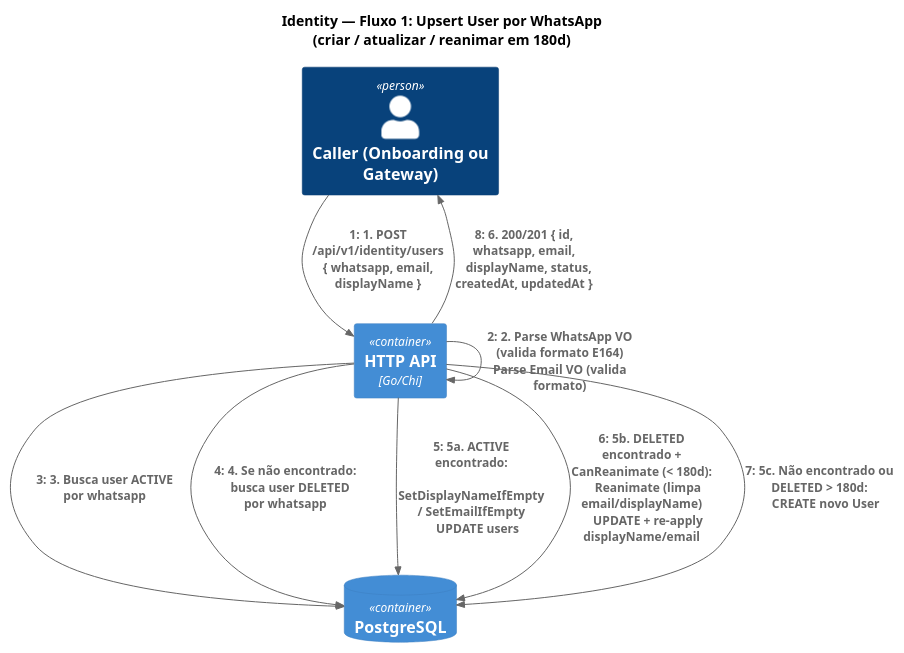
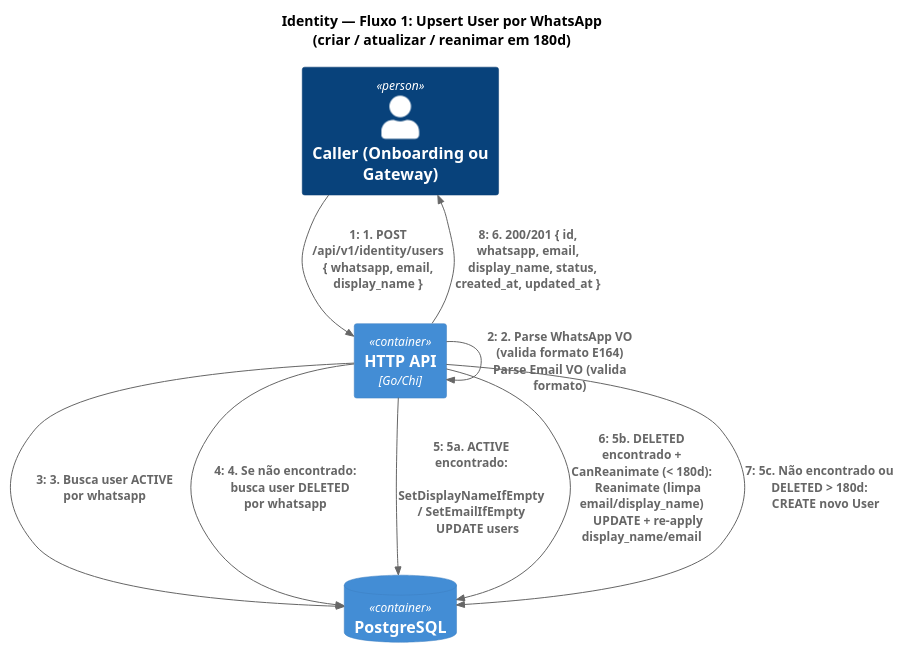
Before and after one commit to LimaTeixeiraTecnologia/mecontrola: the diagram in docs/diagrams/identity/flow-upsert-user.puml, drawn with PlantUML. The commit also changed 5 other files, not shown here.

Commit message:
docs(env): atualize exemplos e diagramas

```diff
--- a/docs/diagrams/identity/flow-upsert-user.puml
+++ b/docs/diagrams/identity/flow-upsert-user.puml
@@ -1,19 +1,19 @@
 @startuml Identity - Fluxo: Upsert User por WhatsApp
 !include https://raw.githubusercontent.com/plantuml-stdlib/C4-PlantUML/master/C4_Dynamic.puml
 
 title Identity — Fluxo 1: Upsert User por WhatsApp\n(criar / atualizar / reanimar em 180d)
 
 Person(caller, "Caller (Onboarding ou Gateway)")
 Container(http_api, "HTTP API", "Go/Chi", "")
 ContainerDb(postgres, "PostgreSQL", "", "")
 
-Rel(caller, http_api, "1. POST /api/v1/identity/users\n{ whatsapp, email, displayName }")
+Rel(caller, http_api, "1. POST /api/v1/identity/users\n{ whatsapp, email, display_name }")
 Rel(http_api, http_api, "2. Parse WhatsApp VO (valida formato E164)\nParse Email VO (valida formato)")
 Rel(http_api, postgres, "3. Busca user ACTIVE por whatsapp")
 Rel(http_api, postgres, "4. Se não encontrado:\n   busca user DELETED por whatsapp")
 Rel(http_api, postgres, "5a. ACTIVE encontrado:\n    SetDisplayNameIfEmpty / SetEmailIfEmpty\n    UPDATE users")
-Rel(http_api, postgres, "5b. DELETED encontrado + CanReanimate (< 180d):\n    Reanimate (limpa email/displayName)\n    UPDATE + re-apply displayName/email")
+Rel(http_api, postgres, "5b. DELETED encontrado + CanReanimate (< 180d):\n    Reanimate (limpa email/display_name)\n    UPDATE + re-apply display_name/email")
 Rel(http_api, postgres, "5c. Não encontrado ou DELETED > 180d:\n    CREATE novo User")
-Rel(http_api, caller, "6. 200/201 { id, whatsapp, email,\n   displayName, status, createdAt, updatedAt }")
+Rel(http_api, caller, "6. 200/201 { id, whatsapp, email,\n   display_name, status, created_at, updated_at }")
 
 @enduml
```
